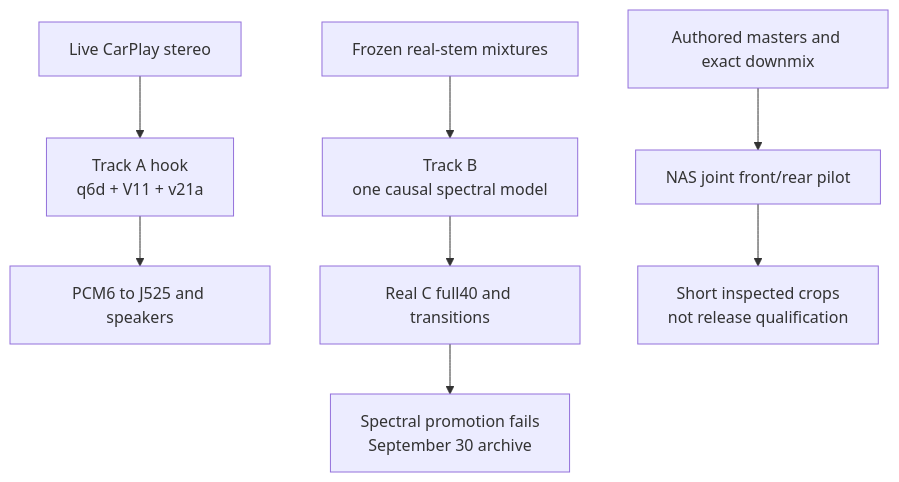
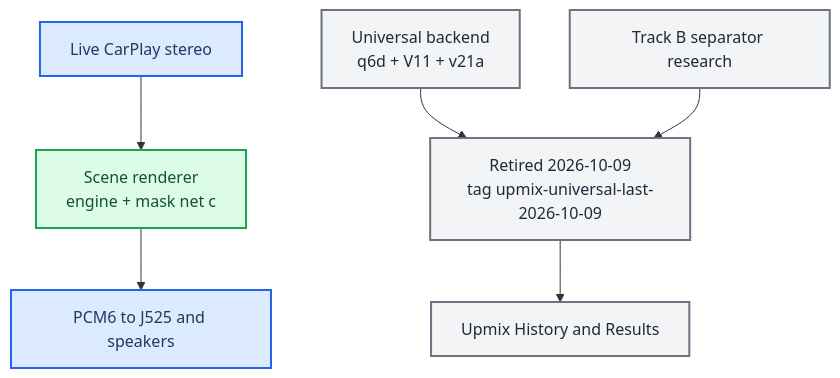
The first of 2 diagrams in docs/audio/README.md (luka-dev/mib2q-carplay-rgi), drawn with Mermaid before and after one commit. The commit also changed other lines of this file and 1105 other files, not shown here.

First line of the commit message:
audio: retire the HSSR Universal upmix, SCENE is the only renderer

````diff
--- a/docs/audio/README.md
+++ b/docs/audio/README.md
@@ -17,12 +17,16 @@
 ```mermaid
 flowchart TB
   accTitle: Audio production and research map
-  accDescr: Live CarPlay uses the three-model Track A hook and cabin amplifier. The failed spectral Track B result remains archived; a separate owner-resumed authored front and rear fitting pilot runs on NAS without a deployment transition.
-  carplay_stereo["Live CarPlay stereo"] --> deployed_track_a["Track A hook<br/>q6d + V11 + v21a"]
-  deployed_track_a --> cabin_chain["PCM6 to J525 and speakers"]
-  fixed_stereo["Frozen real-stem mixtures"] --> research_track_b["Track B<br/>one causal spectral model"]
-  research_track_b --> offline_qualification["Real C full40 and transitions"]
-  offline_qualification --> paused_verdict["Spectral promotion fails<br/>September 30 archive"]
-  authored_targets["Authored masters and exact downmix"] --> joint_scene_pilot["NAS joint front/rear pilot"]
-  joint_scene_pilot --> fitting_screen["Short inspected crops<br/>not release qualification"]
+  accDescr: Live CarPlay stereo goes through the scene renderer with its fine mask net into the cabin amplifier. The Universal backend with its three models and the Track B separator research are retired history, kept at a git tag and described in the history document.
+  carplay_stereo["Live CarPlay stereo"] --> scene_renderer["Scene renderer<br/>engine + mask net c"]
+  scene_renderer --> cabin_chain["PCM6 to J525 and speakers"]
+  universal_history["Universal backend<br/>q6d + V11 + v21a"] --> retired_tag["Retired 2026-10-09<br/>tag upmix-universal-last-2026-10-09"]
+  track_b_history["Track B separator research"] --> retired_tag
+  retired_tag --> history_doc["Upmix History and Results"]
+  classDef primary fill:#dbeafe,stroke:#2563eb,stroke-width:2px,color:#1e3a5f
+  classDef success fill:#dcfce7,stroke:#16a34a,stroke-width:2px,color:#14532d
+  classDef neutral fill:#f3f4f6,stroke:#6b7280,stroke-width:2px,color:#1f2937
+  class carplay_stereo,cabin_chain primary
+  class scene_renderer success
+  class universal_history,track_b_history,retired_tag,history_doc neutral
 ```
````
